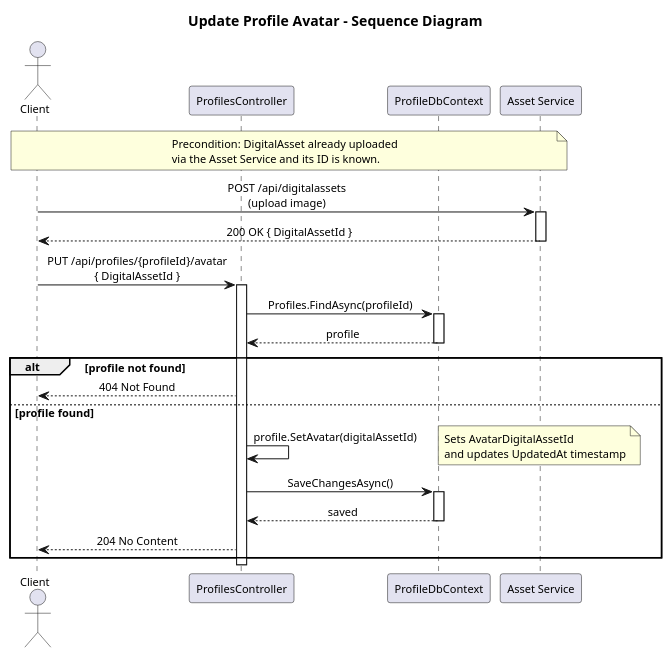
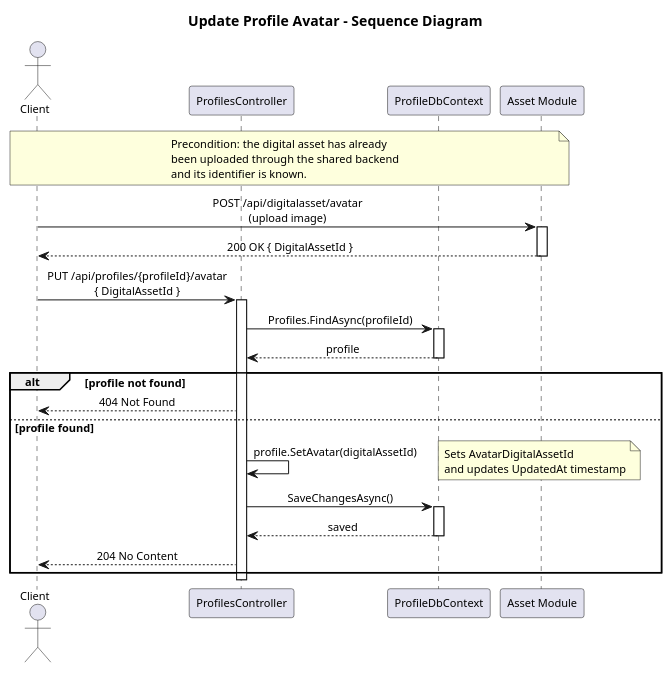
Before and after one commit to QuinntyneBrown/Coop: the diagram in docs/detailed-designs/04-profile-management/sequence-update-avatar.puml, drawn with PlantUML. The commit also changed 7 other files, not shown here.

Commit message:
Update PlantUML diagrams for profile and document management

```diff
--- a/docs/detailed-designs/04-profile-management/sequence-update-avatar.puml
+++ b/docs/detailed-designs/04-profile-management/sequence-update-avatar.puml
@@ -1,50 +1,51 @@
 @startuml sequence-update-avatar
 
 skinparam defaultFontSize 11
 skinparam sequenceMessageAlign center
 skinparam shadowing false
 skinparam responseMessageBelowArrow true
 skinparam pageMargin 10
 
 title Update Profile Avatar - Sequence Diagram
 
 actor Client
 participant "ProfilesController" as PC
 participant "ProfileDbContext" as DB
-participant "Asset Service" as Asset
+participant "Asset Module" as Asset
 
 note over Client, Asset
-  Precondition: DigitalAsset already uploaded
-  via the Asset Service and its ID is known.
+  Precondition: the digital asset has already
+  been uploaded through the shared backend
+  and its identifier is known.
 end note
 
-Client -> Asset : POST /api/digitalassets\n(upload image)
+Client -> Asset : POST /api/digitalasset/avatar\n(upload image)
 activate Asset
 Asset --> Client : 200 OK { DigitalAssetId }
 deactivate Asset
 
 Client -> PC : PUT /api/profiles/{profileId}/avatar\n{ DigitalAssetId }
 activate PC
 
 PC -> DB : Profiles.FindAsync(profileId)
 activate DB
 DB --> PC : profile
 deactivate DB
 
 alt profile not found
     PC --> Client : 404 Not Found
 else profile found
     PC -> PC : profile.SetAvatar(digitalAssetId)
     note right : Sets AvatarDigitalAssetId\nand updates UpdatedAt timestamp
 
     PC -> DB : SaveChangesAsync()
     activate DB
     DB --> PC : saved
     deactivate DB
 
     PC --> Client : 204 No Content
 end
 
 deactivate PC
 
 @enduml
```
